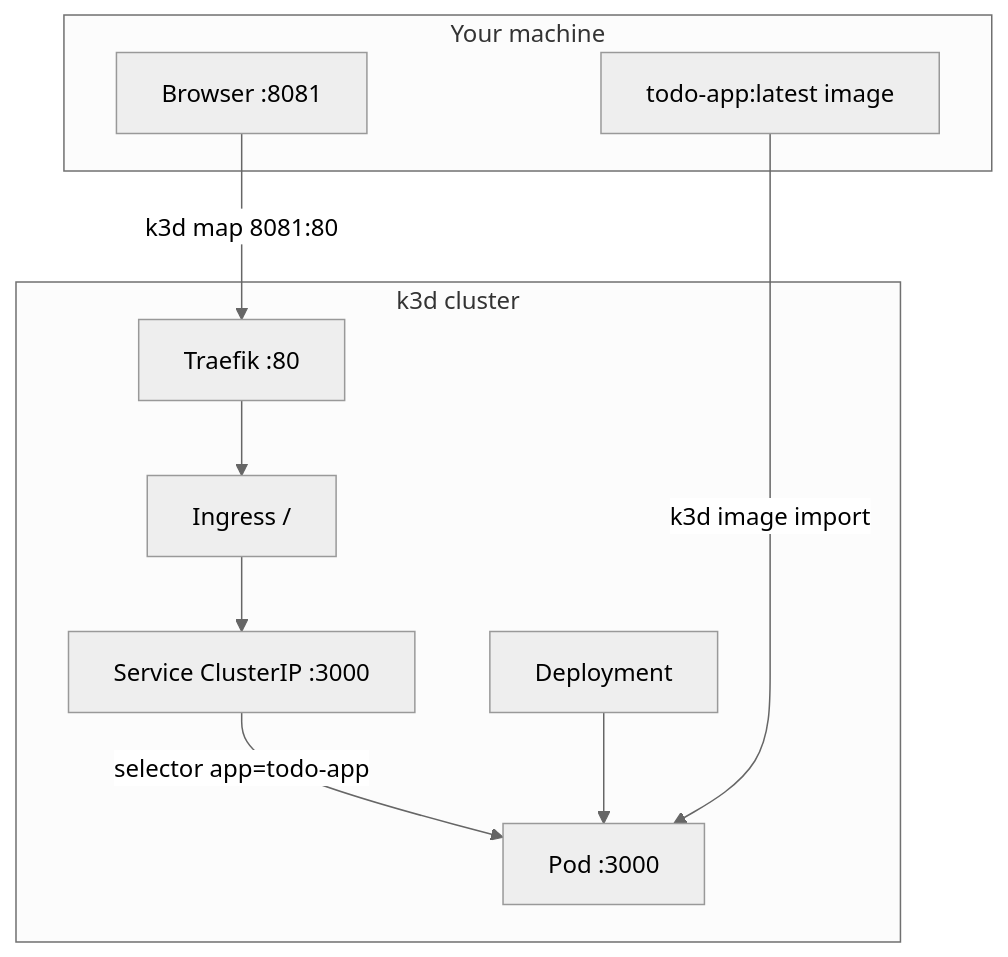
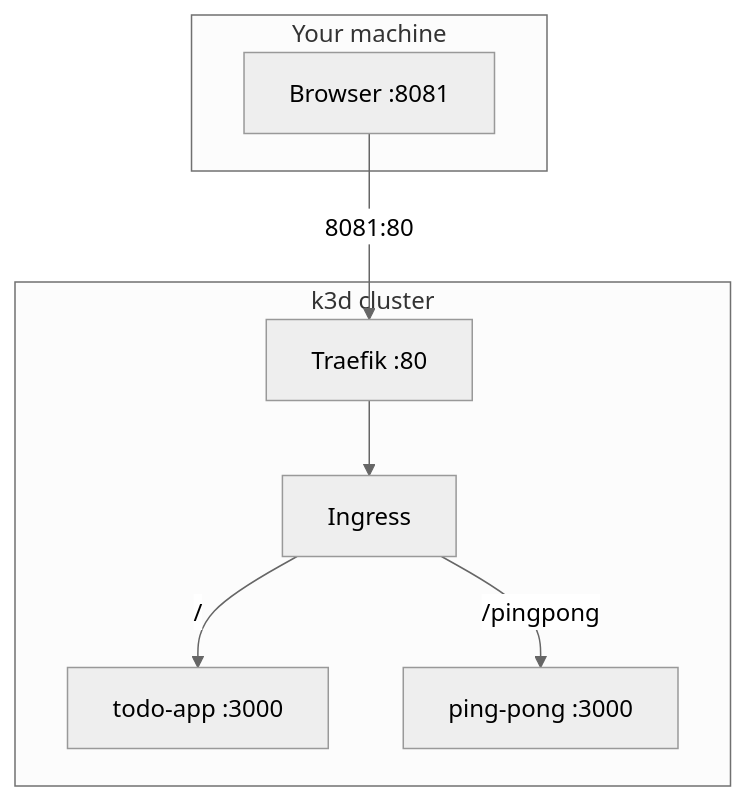
Before and after one commit to wmahad/k8s-hands-on: the diagram in README.md, drawn with Mermaid (neutral theme). The commit also changed other lines of this file and 16 other files, not shown here.

Commit message:
feat: add ping-pong app and pnpm workspace

````diff
--- a/README.md
+++ b/README.md
@@ -8,22 +9,17 @@
 ```mermaid
 flowchart TB
   subgraph host [Your machine]
     B[Browser :8081]
-    I[todo-app:latest image]
   end
 
   subgraph k3d [k3d cluster]
     T[Traefik :80]
-    IG[Ingress /]
-    S[Service ClusterIP :3000]
-    D[Deployment]
-    P[Pod :3000]
+    IG[Ingress]
+    TA[todo-app :3000]
+    PP[ping-pong :3000]
   end
 
-  B -->|k3d map 8081:80| T
-  T --> IG
-  IG --> S
-  S -->|selector app=todo-app| P
-  D --> P
-  I -->|k3d image import| P
+  B -->|8081:80| T --> IG
+  IG -->|"/pingpong"| PP
+  IG -->|"/"| TA
 ```
````
